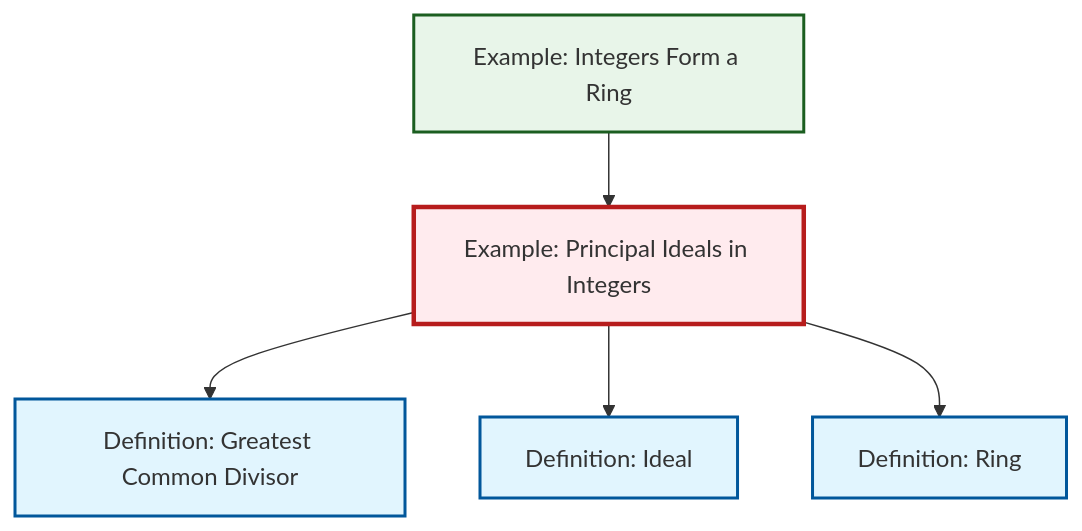
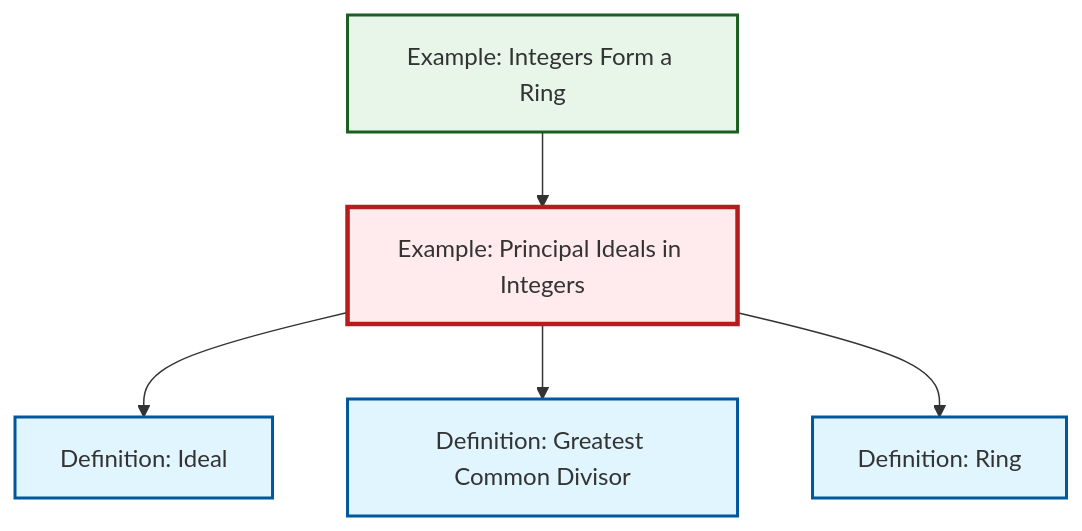
The diagram in content/ja/algebra/ex-principal-ideal.qmd (RK0429/ModernMath), drawn with Mermaid before and after one commit. The commit also changed other lines of this file and 597 other files, not shown here.

````diff
--- a/content/ja/algebra/ex-principal-ideal.qmd
+++ b/content/ja/algebra/ex-principal-ideal.qmd
@@ -64,23 +64,23 @@
 ```{mermaid}
 %%| fig-cap: "Local dependency graph"
 graph TD
     classDef definition fill:#e1f5fe,stroke:#01579b,stroke-width:2px
     classDef theorem fill:#f3e5f5,stroke:#4a148c,stroke-width:2px
     classDef axiom fill:#fff3e0,stroke:#e65100,stroke-width:2px
     classDef example fill:#e8f5e9,stroke:#1b5e20,stroke-width:2px
     classDef current fill:#ffebee,stroke:#b71c1c,stroke-width:3px
+    def-ideal["Definition: Ideal"]:::definition
+    def-gcd["Definition: Greatest Common Divisor"]:::definition
+    ex-principal-ideal["Example: Principal Ideals in Integers"]:::example
     def-ring["Definition: Ring"]:::definition
-    def-ideal["Definition: Ideal"]:::definition
-    ex-principal-ideal["Example: Principal Ideals in Integers"]:::example
-    def-gcd["Definition: Greatest Common Divisor"]:::definition
     ex-integers-ring["Example: Integers Form a Ring"]:::example
+    ex-principal-ideal --> def-ideal
+    ex-integers-ring --> ex-principal-ideal
     ex-principal-ideal --> def-gcd
-    ex-integers-ring --> ex-principal-ideal
-    ex-principal-ideal --> def-ideal
     ex-principal-ideal --> def-ring
     class ex-principal-ideal current
-    click def-ring "def-ring.html" "Definition: Ringへ"
     click def-ideal "def-ideal.html" "Definition: Idealへ"
     click def-gcd "def-gcd.html" "Definition: Greatest Common Divisorへ"
+    click def-ring "def-ring.html" "Definition: Ringへ"
     click ex-integers-ring "ex-integers-ring.html" "Example: Integers Form a Ringへ"
 ```
````
